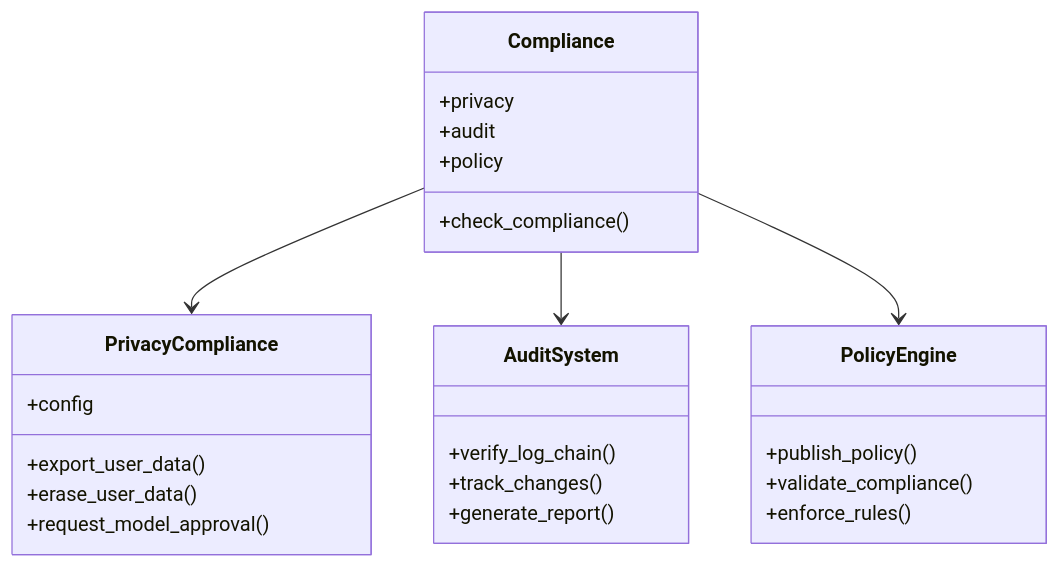
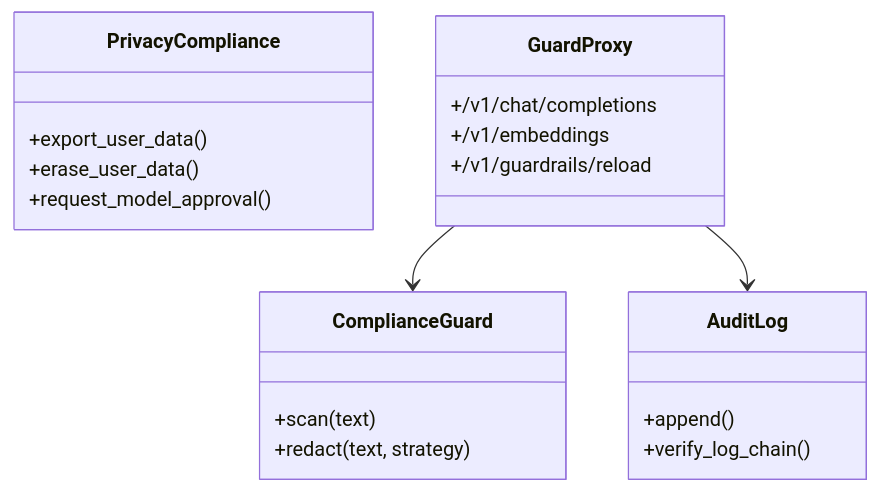
One commit to multimindlab/multimind-sdk changed the fifth of 7 diagrams in docs/architecture.md. Above: the diagram before and after it, drawn with Mermaid. The commit also changed other lines of this file and 274 other files, not shown here.

````diff
--- a/docs/architecture.md
+++ b/docs/architecture.md
@@ -404,32 +202,23 @@
 ```mermaid
 classDiagram
-    class Compliance {
-        +privacy
-        +audit
-        +policy
-        +check_compliance()
+    class ComplianceGuard {
+        +scan(text)
+        +redact(text, strategy)
     }
-    
     class PrivacyCompliance {
-        +config
         +export_user_data()
         +erase_user_data()
         +request_model_approval()
     }
-    
-    class AuditSystem {
+    class AuditLog {
+        +append()
         +verify_log_chain()
-        +track_changes()
-        +generate_report()
     }
-    
-    class PolicyEngine {
-        +publish_policy()
-        +validate_compliance()
-        +enforce_rules()
+    class GuardProxy {
+        +/v1/chat/completions
+        +/v1/embeddings
+        +/v1/guardrails/reload
     }
-    
-    Compliance --> PrivacyCompliance
-    Compliance --> AuditSystem
-    Compliance --> PolicyEngine
+    GuardProxy --> ComplianceGuard
+    GuardProxy --> AuditLog
 ```
````
